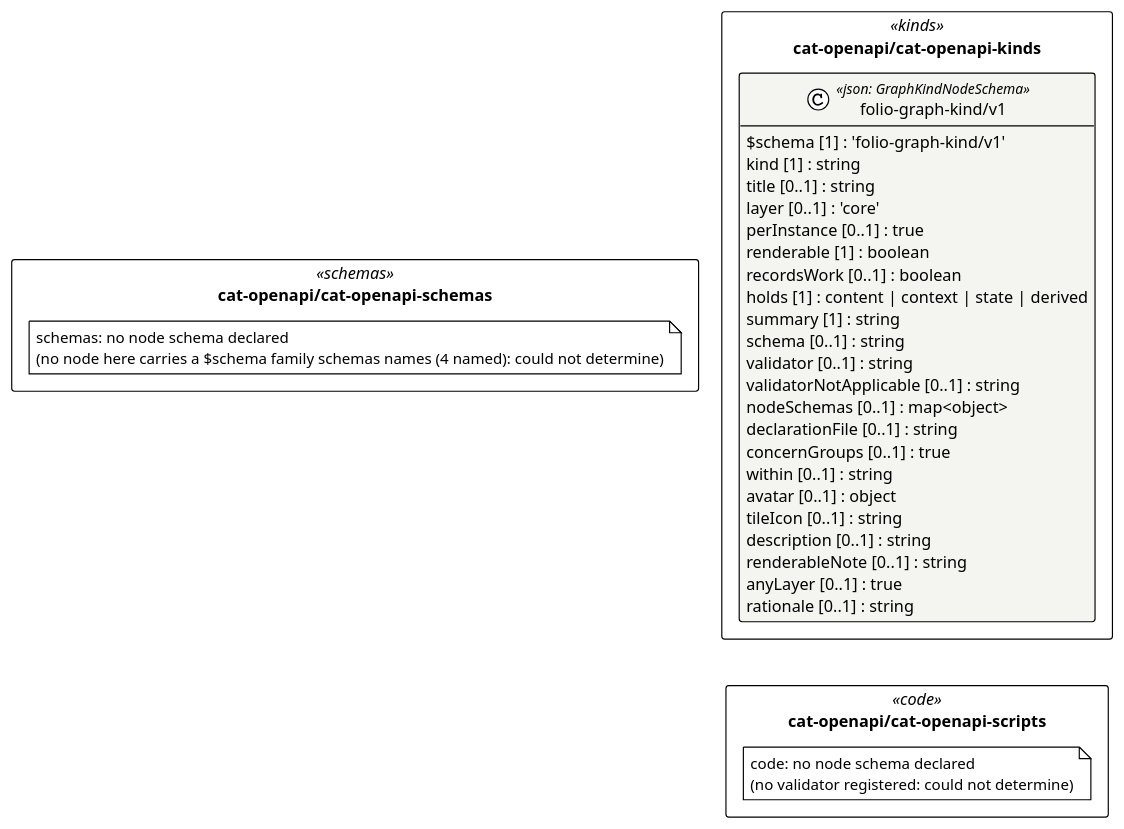
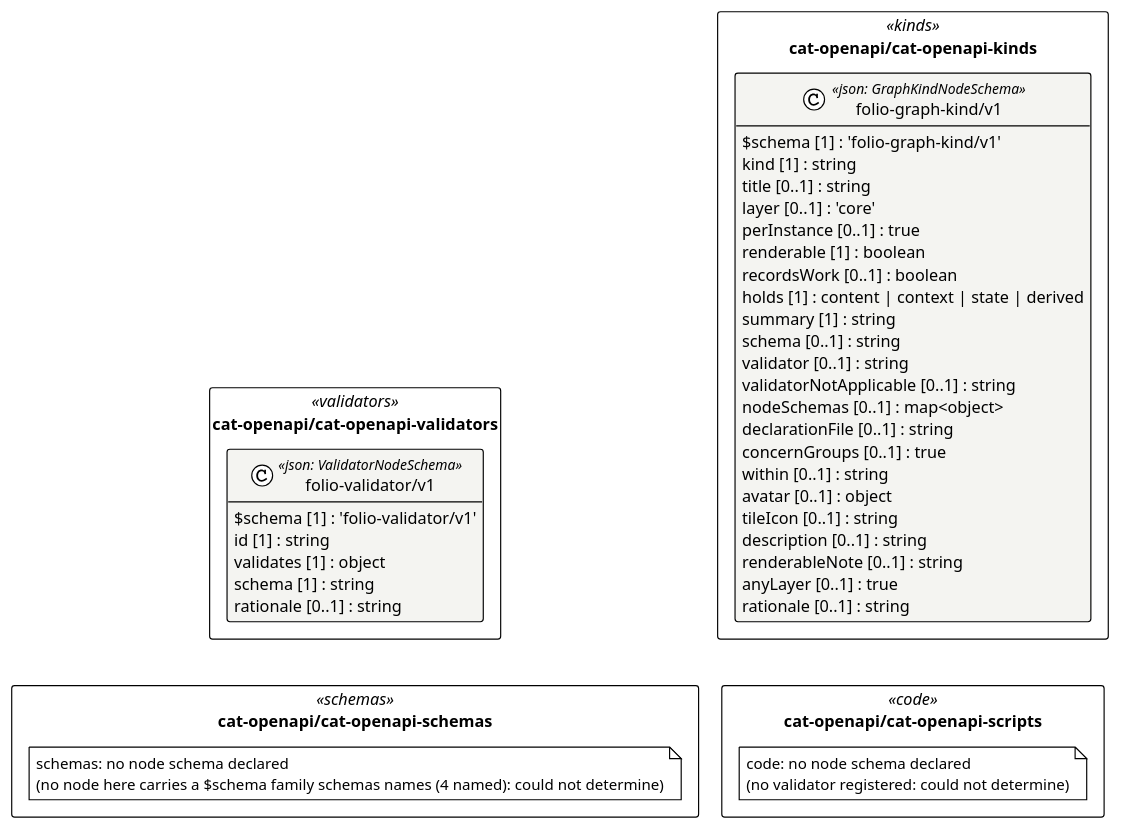
The diagram in cat-harness/uml/overview/cat-openapi.puml (litlfred/folio-assistant), drawn with PlantUML before and after one commit. The commit also changed 167 other files, not shown here.

```diff
--- a/cat-harness/uml/overview/cat-openapi.puml
+++ b/cat-harness/uml/overview/cat-openapi.puml
@@ -3,44 +3,54 @@
 @startuml cat_openapi
 !pragma layout elk
 !theme plain
 skinparam classAttributeIconSize 0
 skinparam shadowing false
 skinparam packageStyle rectangle
 hide empty methods
 
+package "cat-openapi/cat-openapi-validators" as pkg_cat_openapi_cat_openapi_validators <<validators>> {
+  class "folio-validator/v1" as cat_openapi_cat_openapi_validators_folio_validator_v1_folio_validator_v1 <<json: ValidatorNodeSchema>> #f4f4f1 {
+    $schema [1] : 'folio-validator/v1'
+    id [1] : string
+    validates [1] : object
+    schema [1] : string
+    rationale [0..1] : string
+  }
+}
 package "cat-openapi/cat-openapi-kinds" as pkg_cat_openapi_cat_openapi_kinds <<kinds>> {
   class "folio-graph-kind/v1" as cat_openapi_cat_openapi_kinds_folio_graph_kind_v1_folio_graph_kind_v1 <<json: GraphKindNodeSchema>> #f4f4f1 {
     $schema [1] : 'folio-graph-kind/v1'
     kind [1] : string
     title [0..1] : string
     layer [0..1] : 'core'
     perInstance [0..1] : true
     renderable [1] : boolean
     recordsWork [0..1] : boolean
     holds [1] : content | context | state | derived
     summary [1] : string
     schema [0..1] : string
     validator [0..1] : string
     validatorNotApplicable [0..1] : string
     nodeSchemas [0..1] : map<object>
     declarationFile [0..1] : string
     concernGroups [0..1] : true
     within [0..1] : string
     avatar [0..1] : object
     tileIcon [0..1] : string
     description [0..1] : string
     renderableNote [0..1] : string
     anyLayer [0..1] : true
     rationale [0..1] : string
   }
 }
 package "cat-openapi/cat-openapi-schemas" as pkg_cat_openapi_cat_openapi_schemas <<schemas>> {
   note "schemas: no node schema declared\n(no node here carries a $schema family schemas names (4 named): could not determine)" as n_cat_openapi_cat_openapi_schemas_schemas
 }
 package "cat-openapi/cat-openapi-scripts" as pkg_cat_openapi_cat_openapi_scripts <<code>> {
   note "code: no node schema declared\n(no validator registered: could not determine)" as n_cat_openapi_cat_openapi_scripts_code
 }
 
-' grid: portrait, 2 column(s) — pkg_cat_openapi_cat_openapi_kinds pkg_cat_openapi_cat_openapi_schemas pkg_cat_openapi_cat_openapi_scripts
+' grid: portrait, 2 column(s) — pkg_cat_openapi_cat_openapi_validators pkg_cat_openapi_cat_openapi_kinds pkg_cat_openapi_cat_openapi_schemas pkg_cat_openapi_cat_openapi_scripts
+pkg_cat_openapi_cat_openapi_validators -[hidden]down- pkg_cat_openapi_cat_openapi_schemas
 pkg_cat_openapi_cat_openapi_kinds -[hidden]down- pkg_cat_openapi_cat_openapi_scripts
 @enduml
```
